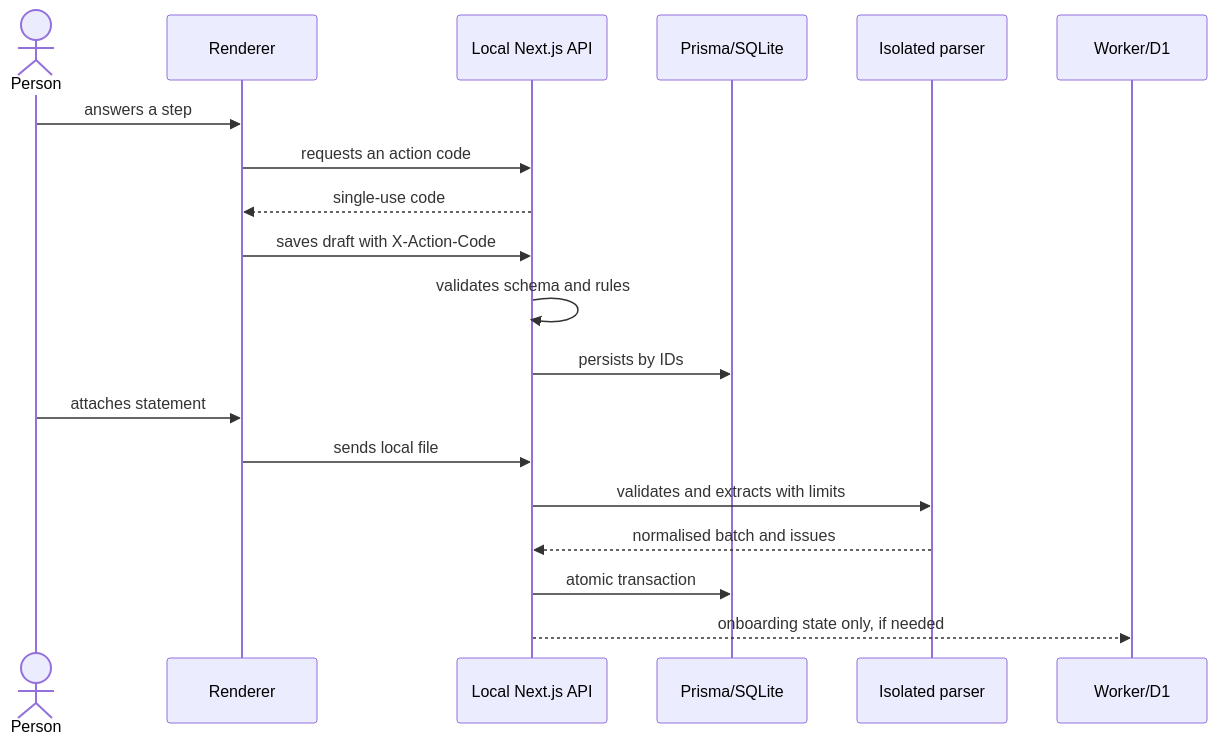
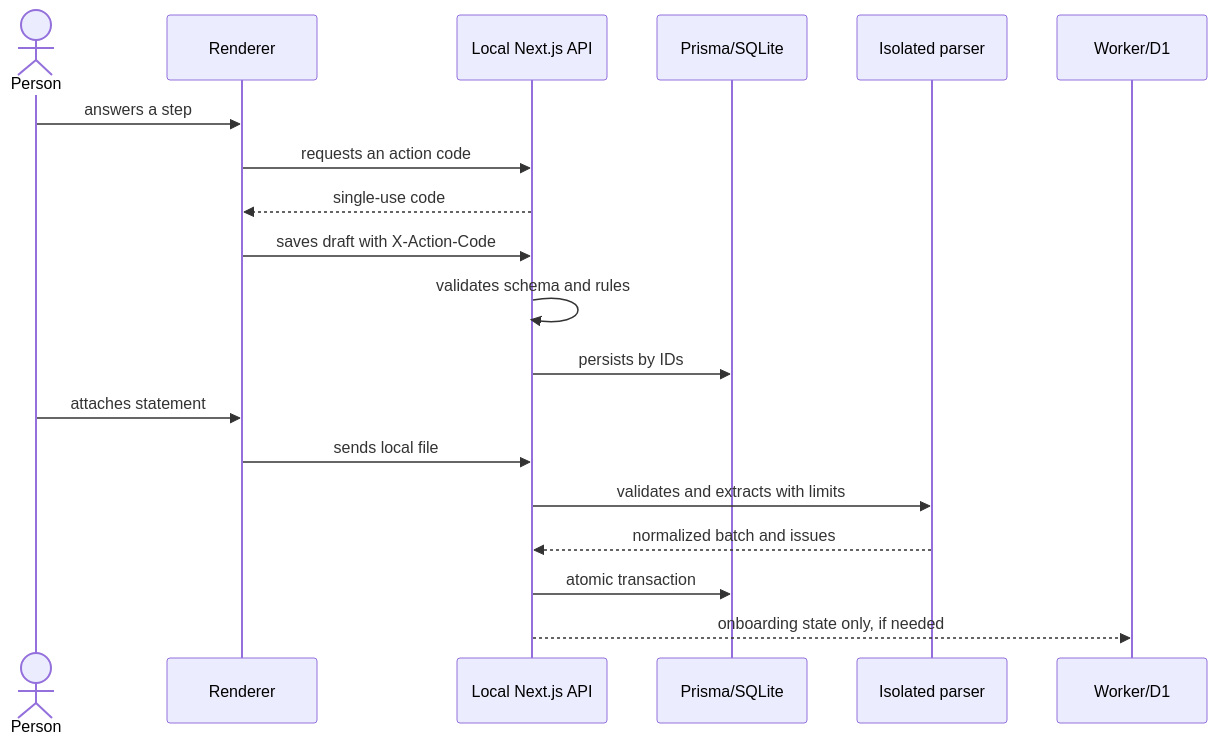
Before and after one commit to luizfelipe-pacifico/talentum: the second of 5 diagrams in docs/PRODUCT.md, drawn with Mermaid. The commit also changed other lines of this file and 13 other files, not shown here.

````diff
--- a/docs/PRODUCT.md
+++ b/docs/PRODUCT.md
@@ -730,21 +725,21 @@
 ```mermaid
 sequenceDiagram
     actor U as Person
     participant UI as Renderer
     participant API as Local Next.js API
     participant DB as Prisma/SQLite
     participant Parser as Isolated parser
     participant Cloud as Worker/D1
     U->>UI: answers a step
     UI->>API: requests an action code
     API-->>UI: single-use code
     UI->>API: saves draft with X-Action-Code
     API->>API: validates schema and rules
     API->>DB: persists by IDs
     U->>UI: attaches statement
     UI->>API: sends local file
     API->>Parser: validates and extracts with limits
-    Parser-->>API: normalised batch and issues
+    Parser-->>API: normalized batch and issues
     API->>DB: atomic transaction
     API-->>Cloud: onboarding state only, if needed
 ```
````
